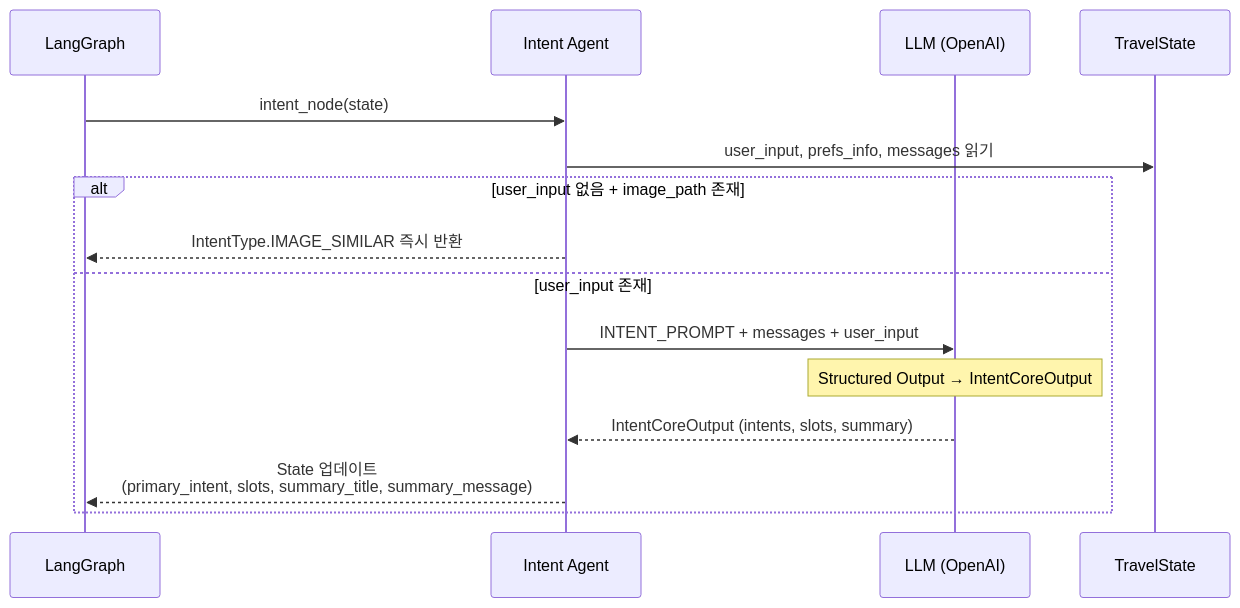
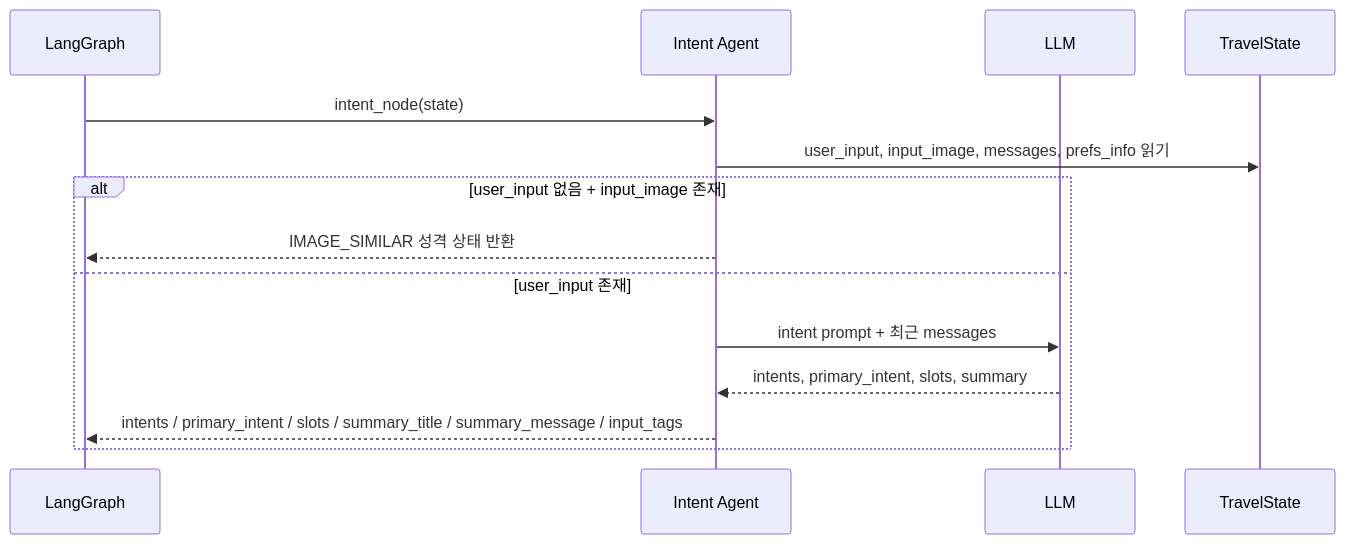
One commit to SKNETWORKS-FAMILY-AICAMP/SKN21-FINAL-2Team changed the third of 9 diagrams in docs/agent_sequence_diagrams.md. Above: the diagram before and after it, drawn with Mermaid. The commit also changed other lines of this file and 6 other files, not shown here.

````diff
--- a/docs/agent_sequence_diagrams.md
+++ b/docs/agent_sequence_diagrams.md
@@ -169,19 +132,18 @@
 ```mermaid
 sequenceDiagram
     participant Graph as LangGraph
     participant Intent as Intent Agent
-    participant LLM as LLM (OpenAI)
+    participant LLM as LLM
     participant State as TravelState
 
     Graph->>Intent: intent_node(state)
-    Intent->>State: user_input, prefs_info, messages 읽기
+    Intent->>State: user_input, input_image, messages, prefs_info 읽기
 
-    alt user_input 없음 + image_path 존재
-        Intent-->>Graph: IntentType.IMAGE_SIMILAR 즉시 반환
+    alt user_input 없음 + input_image 존재
+        Intent-->>Graph: IMAGE_SIMILAR 성격 상태 반환
     else user_input 존재
-        Intent->>LLM: INTENT_PROMPT + messages + user_input
-        Note over LLM: Structured Output → IntentCoreOutput
-        LLM-->>Intent: IntentCoreOutput (intents, slots, summary)
-        Intent-->>Graph: State 업데이트<br/>(primary_intent, slots, summary_title, summary_message)
+        Intent->>LLM: intent prompt + 최근 messages
+        LLM-->>Intent: intents, primary_intent, slots, summary
+        Intent-->>Graph: intents / primary_intent / slots / summary_title / summary_message / input_tags
     end
 ```
````
